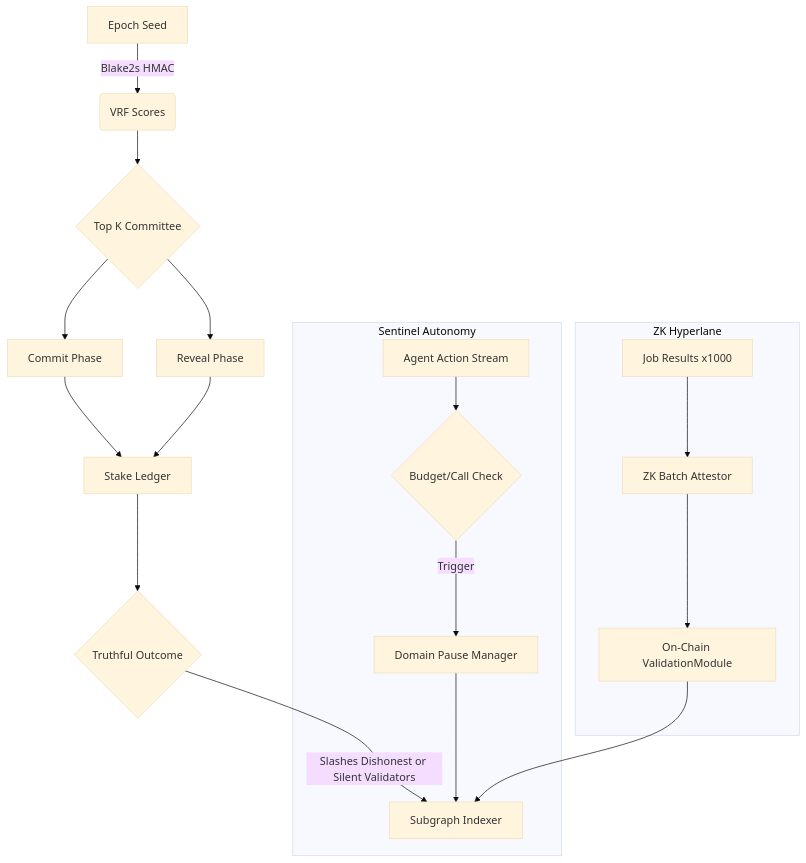
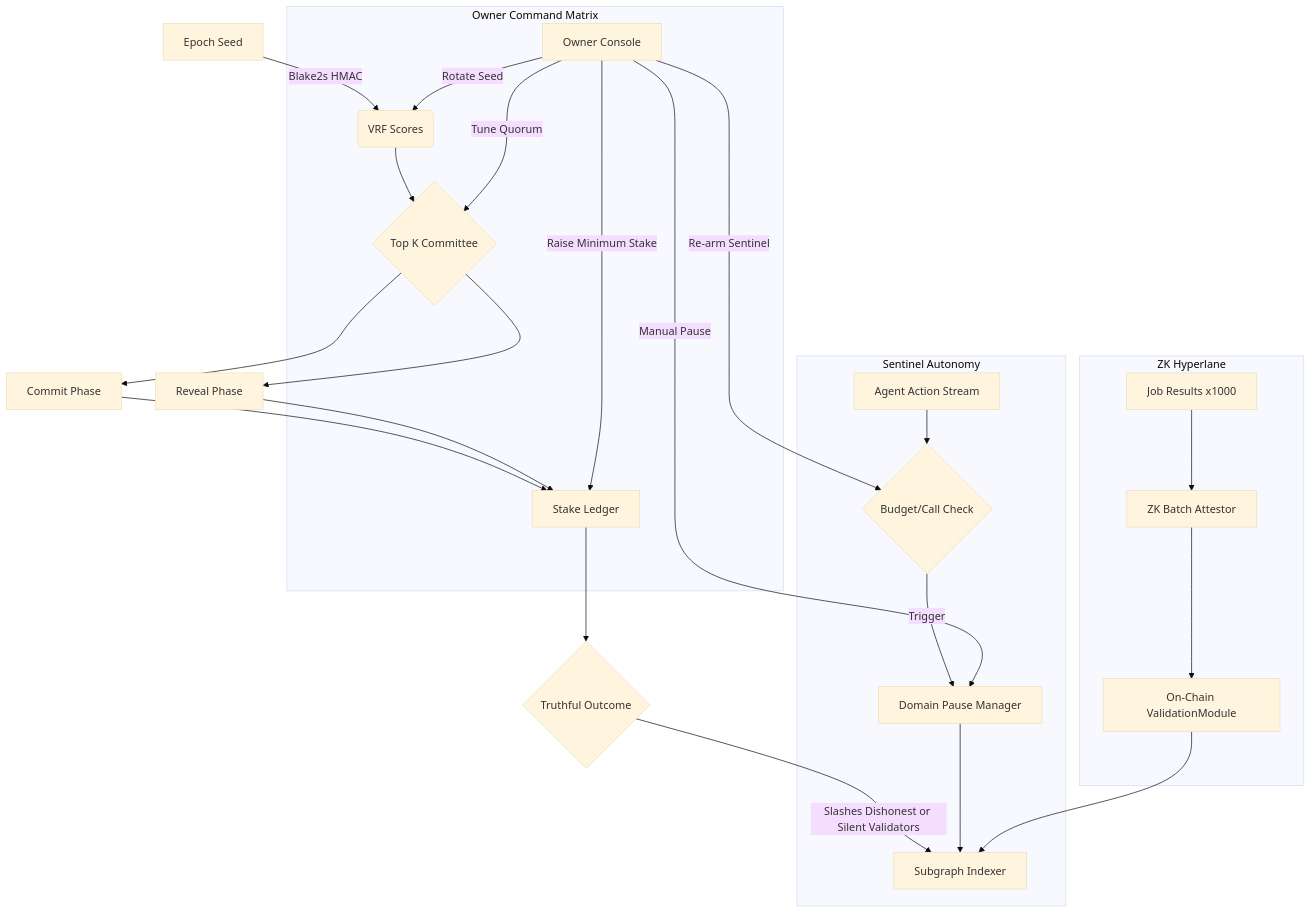
Before and after one commit to MontrealAI/AGIJobsv0: the first of 3 diagrams in demo/Validator-Constellation-v0/README.md, drawn with Mermaid (base theme). The commit also changed other lines of this file and 4 other files, not shown here.

````diff
--- a/demo/Validator-Constellation-v0/README.md
+++ b/demo/Validator-Constellation-v0/README.md
@@ -48,21 +49,29 @@
 ```mermaid
 flowchart TD
     A[Epoch Seed] -->|Blake2s HMAC| B(VRF Scores)
     B --> C{Top K Committee}
     C --> D1[Commit Phase]
     C --> D2[Reveal Phase]
     D1 --> E[Stake Ledger]
     D2 --> E
     E --> F{Truthful Outcome}
     F -->|Slashes Dishonest or Silent Validators| G[Subgraph Indexer]
     subgraph Sentinel Autonomy
         H[Agent Action Stream] --> I{Budget/Call Check}
         I -->|Trigger| J[Domain Pause Manager]
         J --> G
     end
     subgraph ZK Hyperlane
         K[Job Results x1000] --> L[ZK Batch Attestor]
         L --> M[On-Chain ValidationModule]
         M --> G
     end
+    subgraph Owner Command Matrix
+        N[Owner Console]
+        N -->|Rotate Seed| B
+        N -->|Tune Quorum| C
+        N -->|Raise Minimum Stake| E
+        N -->|Re-arm Sentinel| I
+        N -->|Manual Pause| J
+    end
 ```
````
